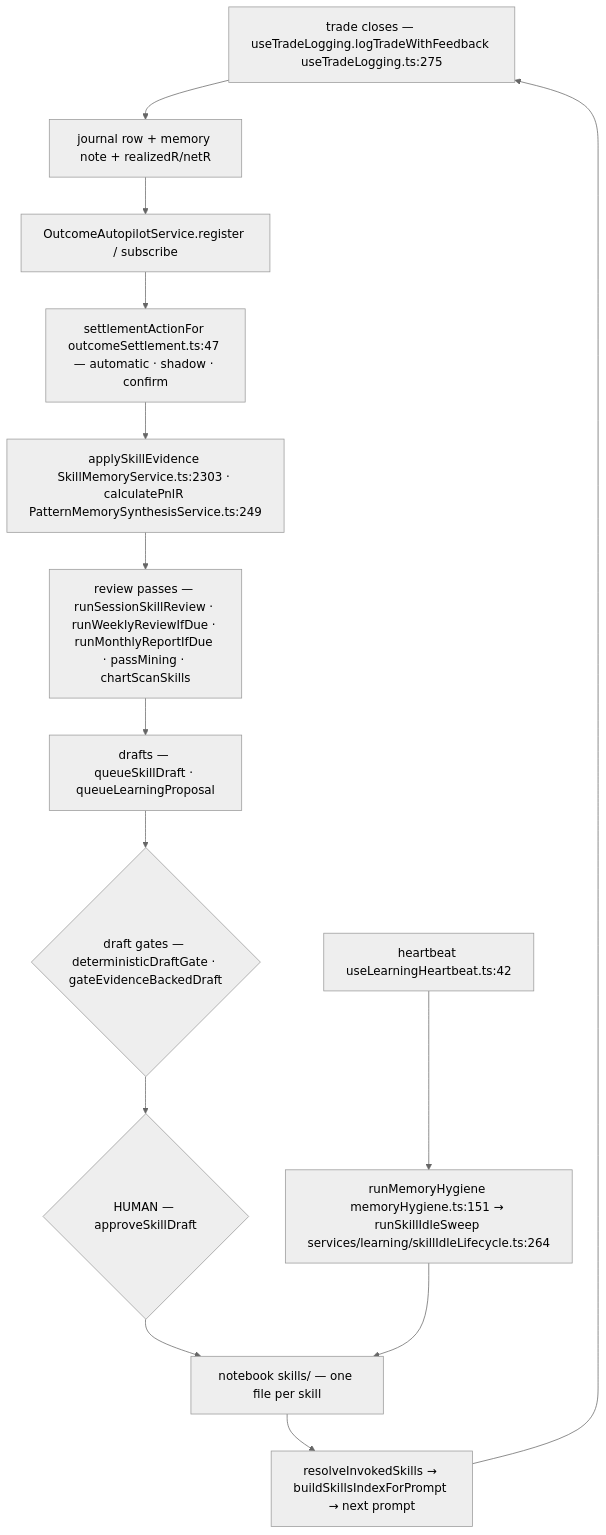
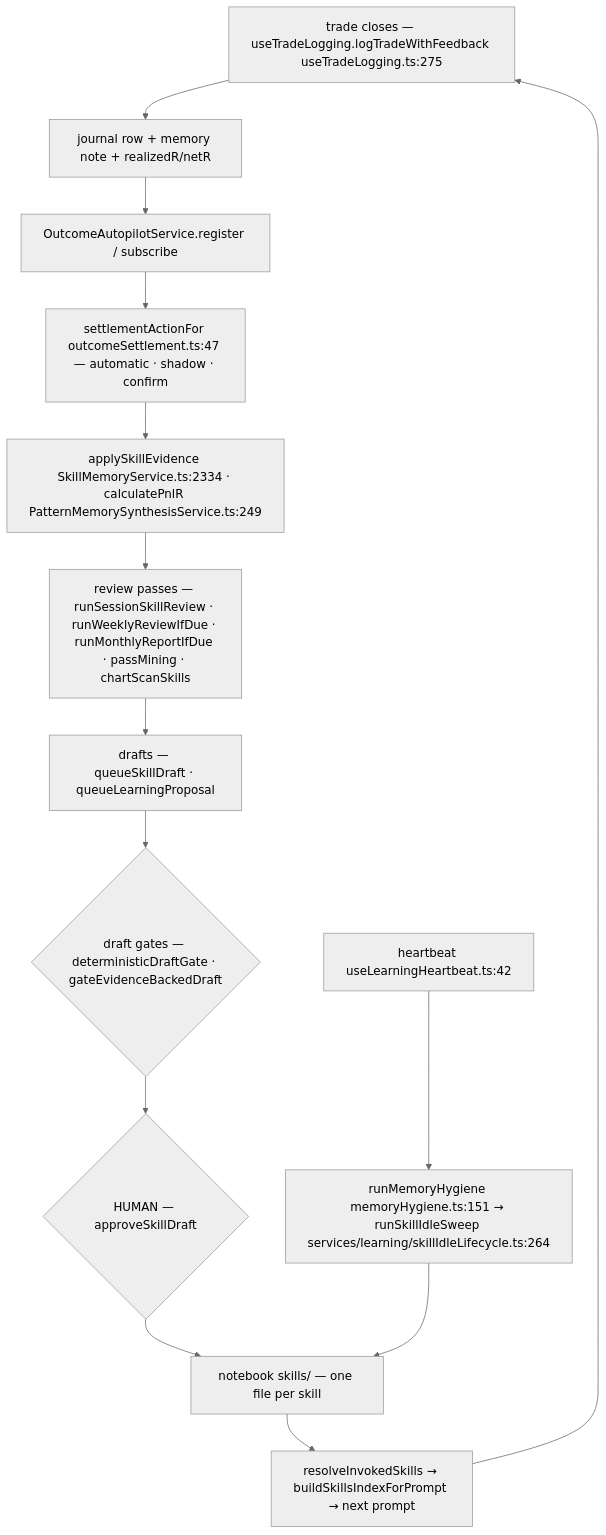
Before and after one commit to Acepay25/august-3.5: the eighth of 8 diagrams in docs/app-flow.md, drawn with Mermaid (neutral theme). The commit also changed other lines of this file and 2 other files, not shown here.

Commit message:
docs(flow): post-merge anchor restatement — 369 anchors, every citation re-located by grep

````diff
--- a/docs/app-flow.md
+++ b/docs/app-flow.md
@@ -832,16 +832,16 @@
 ```mermaid
 flowchart TD
     T["trade closes — useTradeLogging.logTradeWithFeedback useTradeLogging.ts:275"] --> J["journal row + memory note + realizedR/netR"]
     J --> A["OutcomeAutopilotService.register / subscribe"]
     A --> S["settlementActionFor outcomeSettlement.ts:47 — automatic · shadow · confirm"]
-    S --> E["applySkillEvidence SkillMemoryService.ts:2303 · calculatePnlR PatternMemorySynthesisService.ts:249"]
+    S --> E["applySkillEvidence SkillMemoryService.ts:2334 · calculatePnlR PatternMemorySynthesisService.ts:249"]
     E --> R["review passes — runSessionSkillReview · runWeeklyReviewIfDue · runMonthlyReportIfDue · passMining · chartScanSkills"]
     R --> D["drafts — queueSkillDraft · queueLearningProposal"]
     D --> G{"draft gates — deterministicDraftGate · gateEvidenceBackedDraft"}
     G --> H{"HUMAN — approveSkillDraft"}
     H --> N["notebook skills/ — one file per skill"]
     N --> I["resolveInvokedSkills → buildSkillsIndexForPrompt → next prompt"]
     I --> T
     X["heartbeat useLearningHeartbeat.ts:42"] --> Y["runMemoryHygiene memoryHygiene.ts:151 → runSkillIdleSweep services/learning/skillIdleLifecycle.ts:264"]
     Y --> N
 ```
````
